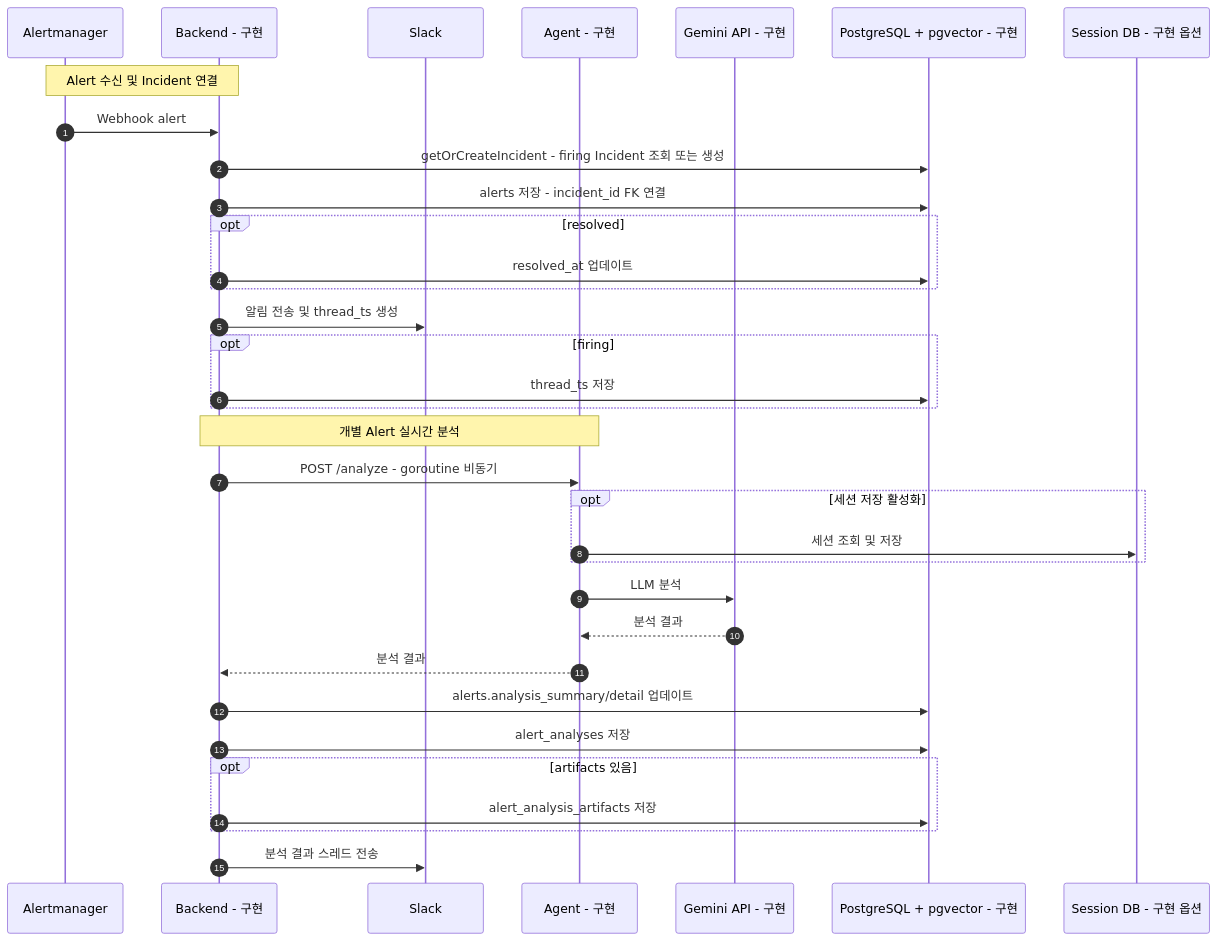
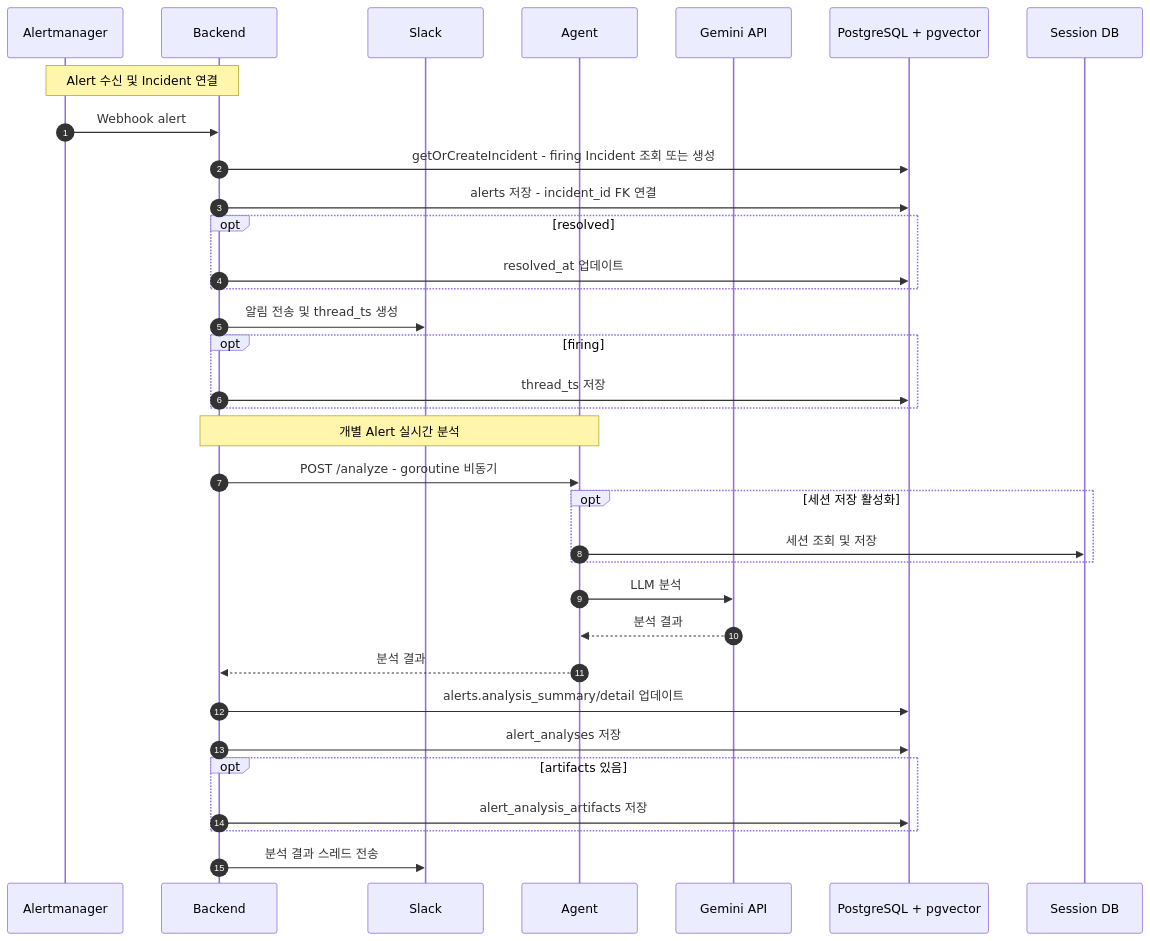
The diagram in docs/diagrams/alert_analysis_sequence_diagram.md (kube-rca/kuberca), drawn with Mermaid before and after one commit. The commit also changed 5 other files, not shown here.

Commit message:
docs: remove implementation status markers from diagrams and docs

````diff
--- a/docs/diagrams/alert_analysis_sequence_diagram.md
+++ b/docs/diagrams/alert_analysis_sequence_diagram.md
@@ -1,38 +1,38 @@
 ```mermaid
 sequenceDiagram
   autonumber
   participant AM as Alertmanager
-  participant BE as Backend - 구현
+  participant BE as Backend
   participant SL as Slack
-  participant AG as Agent - 구현
-  participant LLM as Gemini API - 구현
-  participant DB as PostgreSQL + pgvector - 구현
-  participant SDB as Session DB - 구현 옵션
+  participant AG as Agent
+  participant LLM as Gemini API
+  participant DB as PostgreSQL + pgvector
+  participant SDB as Session DB
 
   Note over AM,BE: Alert 수신 및 Incident 연결
   AM->>BE: Webhook alert
   BE->>DB: getOrCreateIncident - firing Incident 조회 또는 생성
   BE->>DB: alerts 저장 - incident_id FK 연결
   opt resolved
     BE->>DB: resolved_at 업데이트
   end
   BE->>SL: 알림 전송 및 thread_ts 생성
   opt firing
     BE->>DB: thread_ts 저장
   end
 
   Note over BE,AG: 개별 Alert 실시간 분석
   BE->>AG: POST /analyze - goroutine 비동기
   opt 세션 저장 활성화
     AG->>SDB: 세션 조회 및 저장
   end
   AG->>LLM: LLM 분석
   LLM-->>AG: 분석 결과
   AG-->>BE: 분석 결과
   BE->>DB: alerts.analysis_summary/detail 업데이트
   BE->>DB: alert_analyses 저장
   opt artifacts 있음
     BE->>DB: alert_analysis_artifacts 저장
   end
   BE->>SL: 분석 결과 스레드 전송
 ```
````
